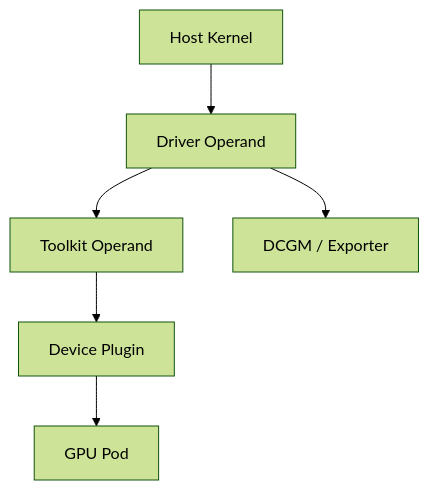
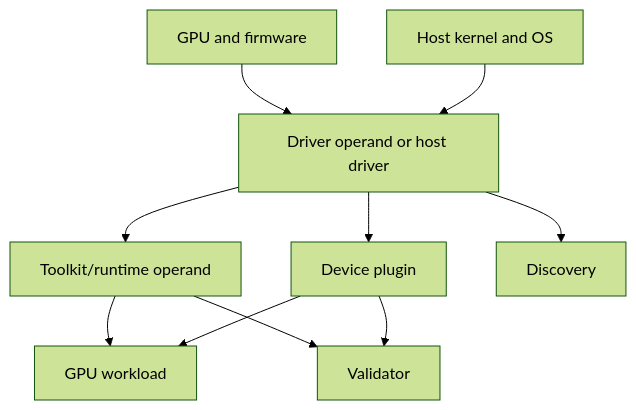
The diagram in docs/nvidia-zero-to-hero/volume-10/chapter-07-driver-containers-and-node-operands.md (jithinpnjm/nvidia-devops), drawn with Mermaid (forest theme) before and after one commit. The commit also changed other lines of this file and 1 other file, not shown here.

````diff
--- a/docs/nvidia-zero-to-hero/volume-10/chapter-07-driver-containers-and-node-operands.md
+++ b/docs/nvidia-zero-to-hero/volume-10/chapter-07-driver-containers-and-node-operands.md
@@ -18,11 +25,18 @@
 ```mermaid
 flowchart TD
-    Kernel[Host Kernel]
-    Driver[Driver Operand]
-    Toolkit[Toolkit Operand]
-    Plugin[Device Plugin]
-    Monitor[DCGM / Exporter]
-    Workload[GPU Pod]
-    Kernel --> Driver --> Toolkit --> Plugin --> Workload
-    Driver --> Monitor
+    Kernel[Host kernel and OS]
+    GPU[GPU and firmware]
+    Driver[Driver operand or host driver]
+    Runtime[Toolkit/runtime operand]
+    Plugin[Device plugin]
+    Discovery[Discovery]
+    Validation[Validator]
+    Workload[GPU workload]
+    GPU --> Driver
+    Kernel --> Driver
+    Driver --> Runtime --> Workload
+    Driver --> Plugin --> Workload
+    Driver --> Discovery
+    Runtime --> Validation
+    Plugin --> Validation
 ```
````
